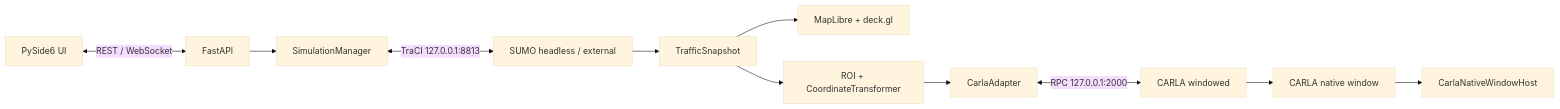
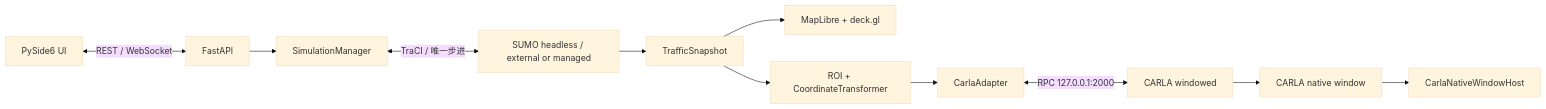
One commit to Harry-jiajia/TrafficSIM changed the diagram in docs/SYSTEM_DESIGN.md. Above: the diagram before and after it, drawn with Mermaid (base theme). The commit also changed other lines of this file and 50 other files, not shown here.

````diff
--- a/docs/SYSTEM_DESIGN.md
+++ b/docs/SYSTEM_DESIGN.md
@@ -26,13 +26,13 @@
 ```mermaid
 flowchart LR
     UI["PySide6 UI"] <-->|"REST / WebSocket"| API["FastAPI"]
     API --> SM["SimulationManager"]
-    SM <-->|"TraCI 127.0.0.1:8813"| SUMO["SUMO headless / external"]
+    SM <-->|"TraCI / 唯一步进"| SUMO["SUMO headless / external or managed"]
     SUMO --> SNAP["TrafficSnapshot"]
     SNAP --> MAP["MapLibre + deck.gl"]
     SNAP --> ROI["ROI + CoordinateTransformer"]
     ROI --> CA["CarlaAdapter"]
     CA <-->|"RPC 127.0.0.1:2000"| CARLA["CARLA windowed"]
     CARLA --> WIN["CARLA native window"]
     WIN --> HOST["CarlaNativeWindowHost"]
 ```
````
